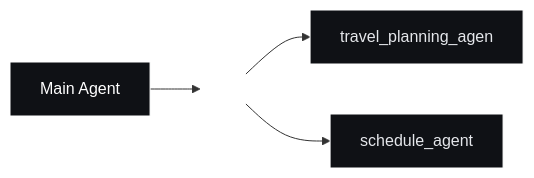
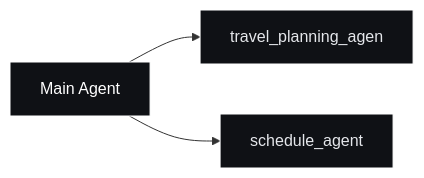
Before and after one commit to Shun-8472/Microservice-Pilot: the diagram in README.md, drawn with Mermaid. The commit also changed other lines of this file, not shown here.

Commit message:
docs(readme): fix multi-agent diagram connection lines

````diff
--- a/README.md
+++ b/README.md
@@ -148,13 +144,10 @@
 ```mermaid
 flowchart LR
-  MA["Main Agent"] --> J[" "]
-  J --> TP["`travel_planning_agen`"]
-  J --> SA["`schedule_agent`"]
+  MA["Main Agent"] --> TP["`travel_planning_agen`"]
+  MA --> SA["`schedule_agent`"]
 
   classDef agent fill:#0f1115,stroke:#ffffff,color:#ffffff,stroke-width:1px;
   classDef sub fill:#0f1115,stroke:#ffffff,color:#e5e7eb,stroke-width:1px;
-  classDef junction fill:transparent,stroke:transparent,color:transparent;
   class MA agent;
   class TP,SA sub;
-  class J junction;
 ```
````
